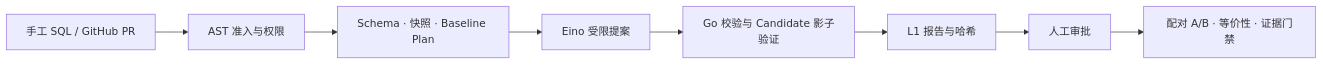
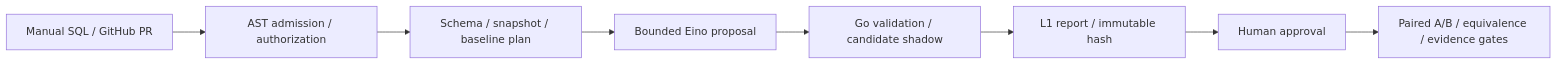
The diagram in README.md (17hwliao/sql-sentinel), drawn with Mermaid before and after one commit. The commit also changed other lines of this file and 1 other file, not shown here.

````diff
--- a/README.md
+++ b/README.md
@@ -28,10 +34,10 @@
 ```mermaid
 flowchart LR
-    I["手工 SQL / GitHub PR"] --> A["AST 准入与权限"]
-    A --> E["Schema · 快照 · Baseline Plan"]
-    E --> P["Eino 受限提案"]
-    P --> V["Go 校验与 Candidate 影子验证"]
-    V --> R["L1 报告与哈希"]
-    R --> H["人工审批"]
-    H --> B["配对 A/B · 等价性 · 证据门禁"]
+    I["Manual SQL / GitHub PR"] --> A["AST admission / authorization"]
+    A --> E["Schema / snapshot / baseline plan"]
+    E --> P["Bounded Eino proposal"]
+    P --> V["Go validation / candidate shadow"]
+    V --> R["L1 report / immutable hash"]
+    R --> H["Human approval"]
+    H --> B["Paired A/B / equivalence / evidence gates"]
 ```
````
